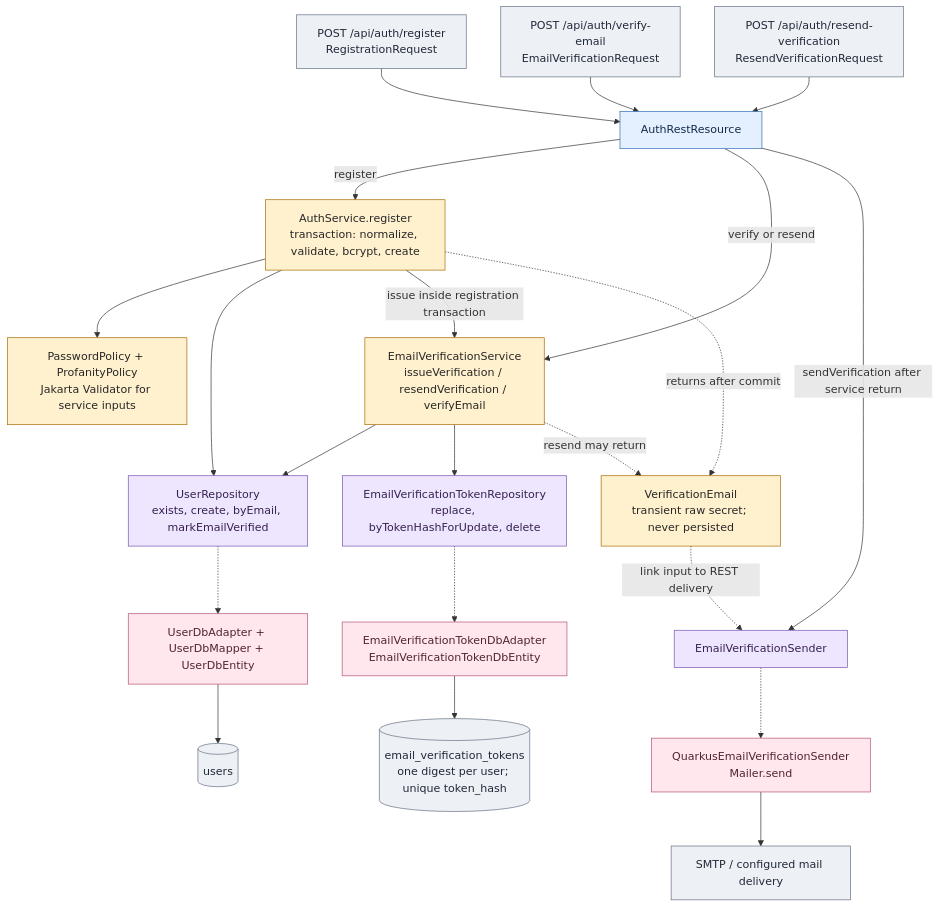
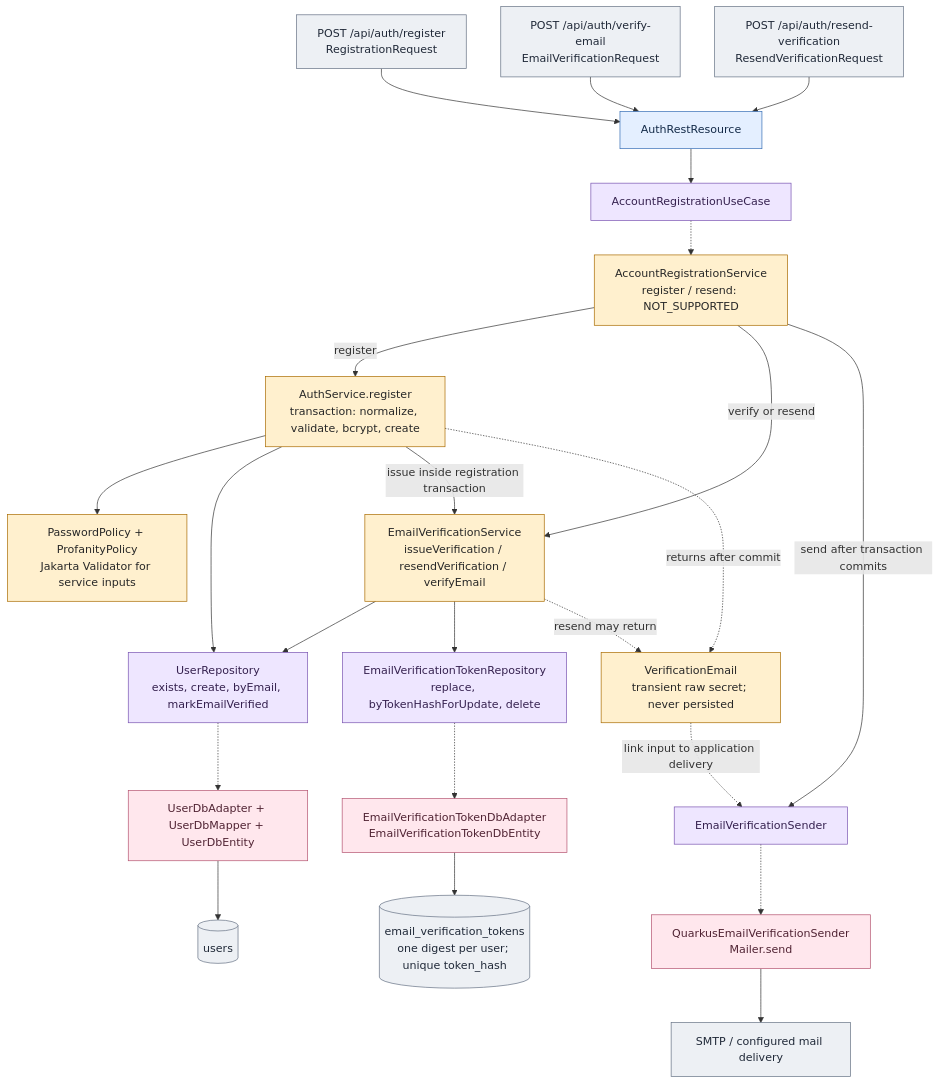
Before and after one commit to alexungu04genoff/RingLab: diagram 16 of 31 in docs/architecture-atlas.md, drawn with Mermaid. The commit also changed other lines of this file and 100 other files, not shown here.

````diff
--- a/docs/architecture-atlas.md
+++ b/docs/architecture-atlas.md
@@ -943,42 +972,44 @@
 ```mermaid
 flowchart TB
   register["POST /api/auth/register<br/>RegistrationRequest"]:::outside
   verify["POST /api/auth/verify-email<br/>EmailVerificationRequest"]:::outside
   resend["POST /api/auth/resend-verification<br/>ResendVerificationRequest"]:::outside
   rest["AuthRestResource"]:::rest
   auth["AuthService.register<br/>transaction: normalize, validate, bcrypt, create"]:::app
   policy["PasswordPolicy + ProfanityPolicy<br/>Jakarta Validator for service inputs"]:::app
   ev["EmailVerificationService<br/>issueVerification / resendVerification / verifyEmail"]:::app
   up["UserRepository<br/>exists, create, byEmail, markEmailVerified"]:::port
   tp["EmailVerificationTokenRepository<br/>replace, byTokenHashForUpdate, delete"]:::port
   ua["UserDbAdapter + UserDbMapper + UserDbEntity"]:::adapter
   ta["EmailVerificationTokenDbAdapter<br/>EmailVerificationTokenDbEntity"]:::adapter
   users[("users")]:::outside
   tokens[("email_verification_tokens<br/>one digest per user; unique token_hash")]:::outside
   mail["VerificationEmail<br/>transient raw secret; never persisted"]:::app
   sender["EmailVerificationSender"]:::port
   adapter["QuarkusEmailVerificationSender<br/>Mailer.send"]:::adapter
   smtp["SMTP / configured mail delivery"]:::outside
   register --> rest
   verify --> rest
   resend --> rest
-  rest -->|"register"| auth
+  rest --> input["AccountRegistrationUseCase"]:::port
+  input -.-> coordinator["AccountRegistrationService<br/>register / resend: NOT_SUPPORTED"]:::app
+  coordinator -->|"register"| auth
   auth --> policy
   auth --> up
   auth -->|"issue inside registration transaction"| ev
-  rest -->|"verify or resend"| ev
+  coordinator -->|"verify or resend"| ev
   ev --> up
   ev --> tp
   up -.-> ua --> users
   tp -.-> ta --> tokens
   auth -.->|"returns after commit"| mail
   ev -.->|"resend may return"| mail
-  rest -->|"sendVerification after service return"| sender
-  mail -.->|"link input to REST delivery"| sender
+  coordinator -->|"send after transaction commits"| sender
+  mail -.->|"link input to application delivery"| sender
   sender -.-> adapter --> smtp
   classDef rest fill:#e4efff,stroke:#356db4,color:#142b49
   classDef app fill:#fff0ce,stroke:#a96b00,color:#272727
   classDef port fill:#eee6ff,stroke:#7954b1,color:#35214f
   classDef adapter fill:#ffe7ed,stroke:#b45370,color:#502333
   classDef outside fill:#edf0f4,stroke:#657184,color:#202938
 ```
````
